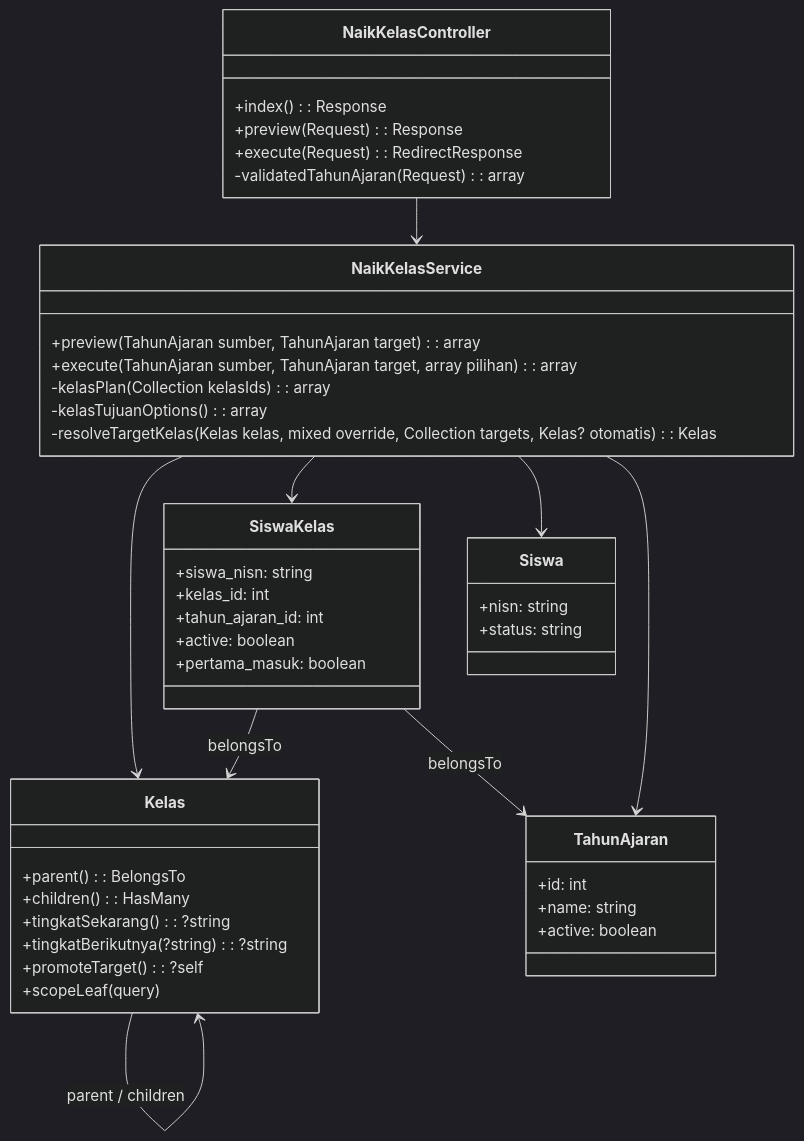
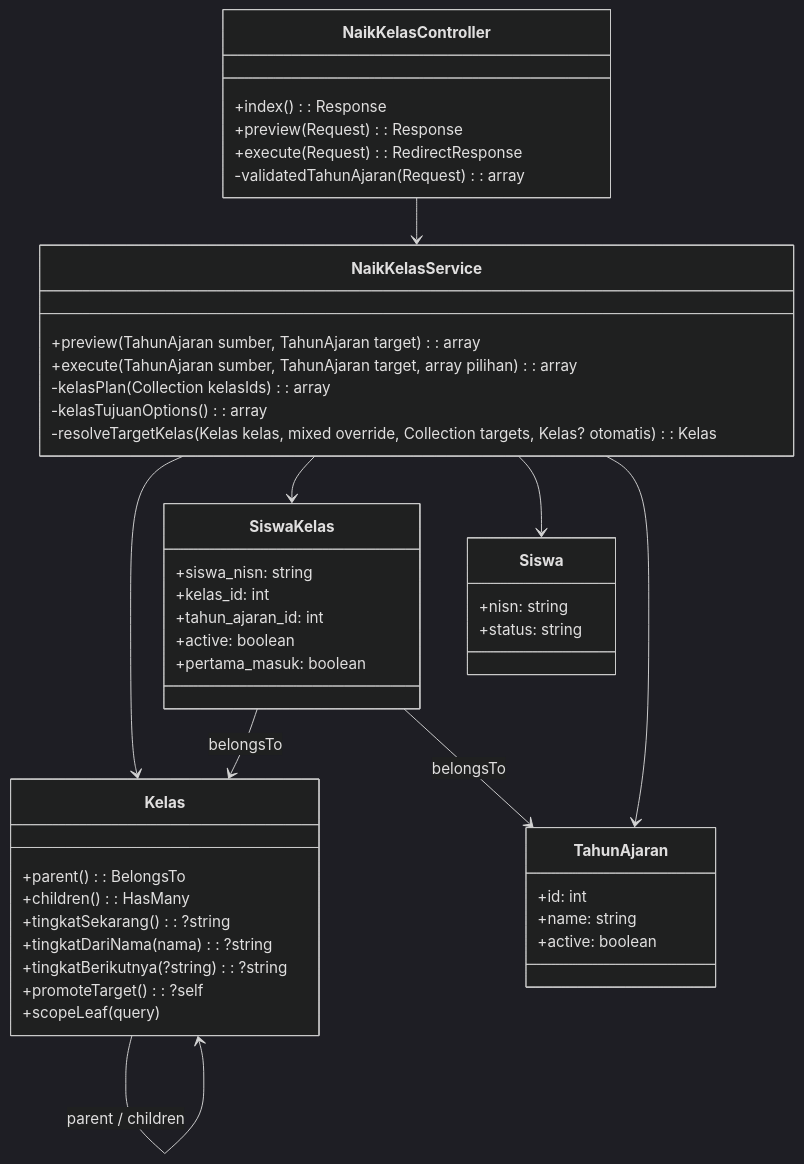
One commit to lnx645/cbt-smk-informatika-sumedang changed the third of 5 diagrams in docs/REQUIREMENTS-NAIK-KELAS.md. Above: the diagram before and after it, drawn with Mermaid (dark theme). The commit also changed other lines of this file, not shown here.

Commit message:
docs: tambah laporan logika perbaikan klasifikasi tingkat ke REQUIREMENTS-NAIK-KELAS

````diff
--- a/docs/REQUIREMENTS-NAIK-KELAS.md
+++ b/docs/REQUIREMENTS-NAIK-KELAS.md
@@ -103,54 +103,55 @@
 ```mermaid
 classDiagram
     class NaikKelasController {
         +index(): Response
         +preview(Request): Response
         +execute(Request): RedirectResponse
         -validatedTahunAjaran(Request): array
     }
 
     class NaikKelasService {
         +preview(TahunAjaran sumber, TahunAjaran target): array
         +execute(TahunAjaran sumber, TahunAjaran target, array pilihan): array
         -kelasPlan(Collection kelasIds): array
         -kelasTujuanOptions(): array
         -resolveTargetKelas(Kelas kelas, mixed override, Collection targets, Kelas? otomatis): Kelas
     }
 
     class Kelas {
         +parent(): BelongsTo
         +children(): HasMany
         +tingkatSekarang(): ?string
+        +tingkatDariNama(nama): ?string
         +tingkatBerikutnya(?string): ?string
         +promoteTarget(): ?self
         +scopeLeaf(query)
     }
 
     class SiswaKelas {
         +siswa_nisn: string
         +kelas_id: int
         +tahun_ajaran_id: int
         +active: boolean
         +pertama_masuk: boolean
     }
 
     class Siswa {
         +nisn: string
         +status: string
     }
 
     class TahunAjaran {
         +id: int
         +name: string
         +active: boolean
     }
 
     NaikKelasController --> NaikKelasService
     NaikKelasService --> Kelas
     NaikKelasService --> SiswaKelas
     NaikKelasService --> Siswa
     NaikKelasService --> TahunAjaran
     SiswaKelas --> Kelas : belongsTo
     SiswaKelas --> TahunAjaran : belongsTo
     Kelas --> Kelas : parent / children
 ```
````
